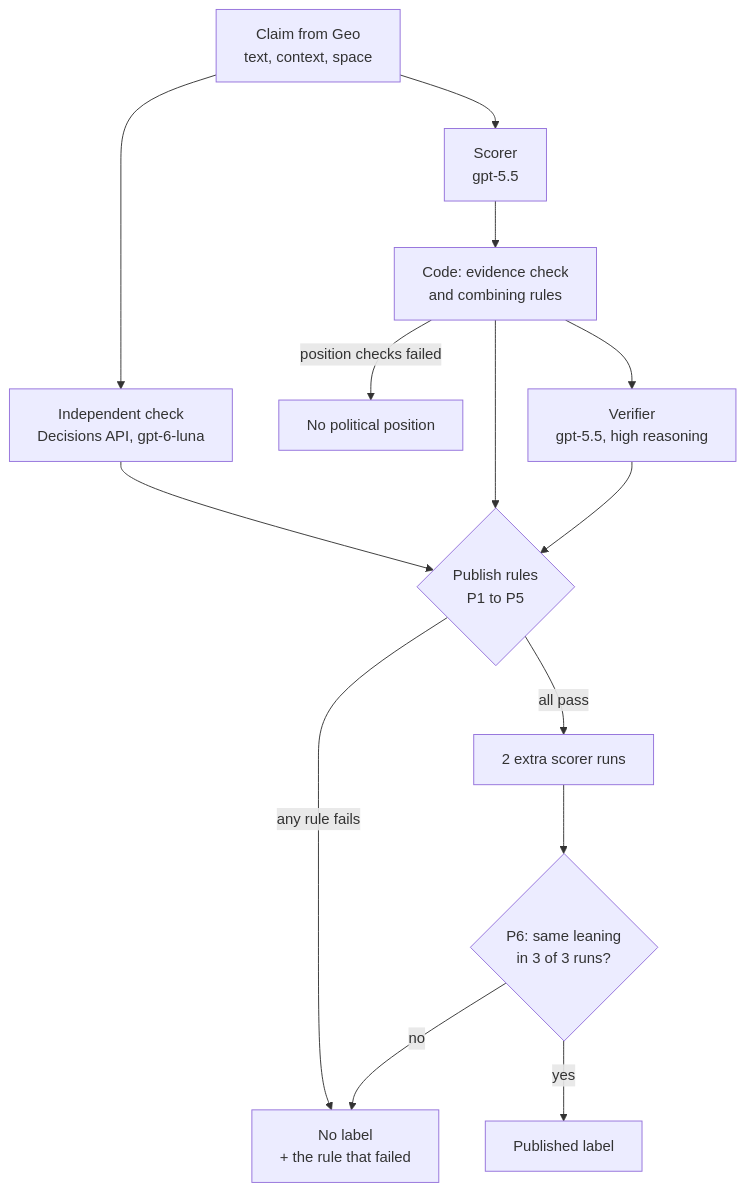
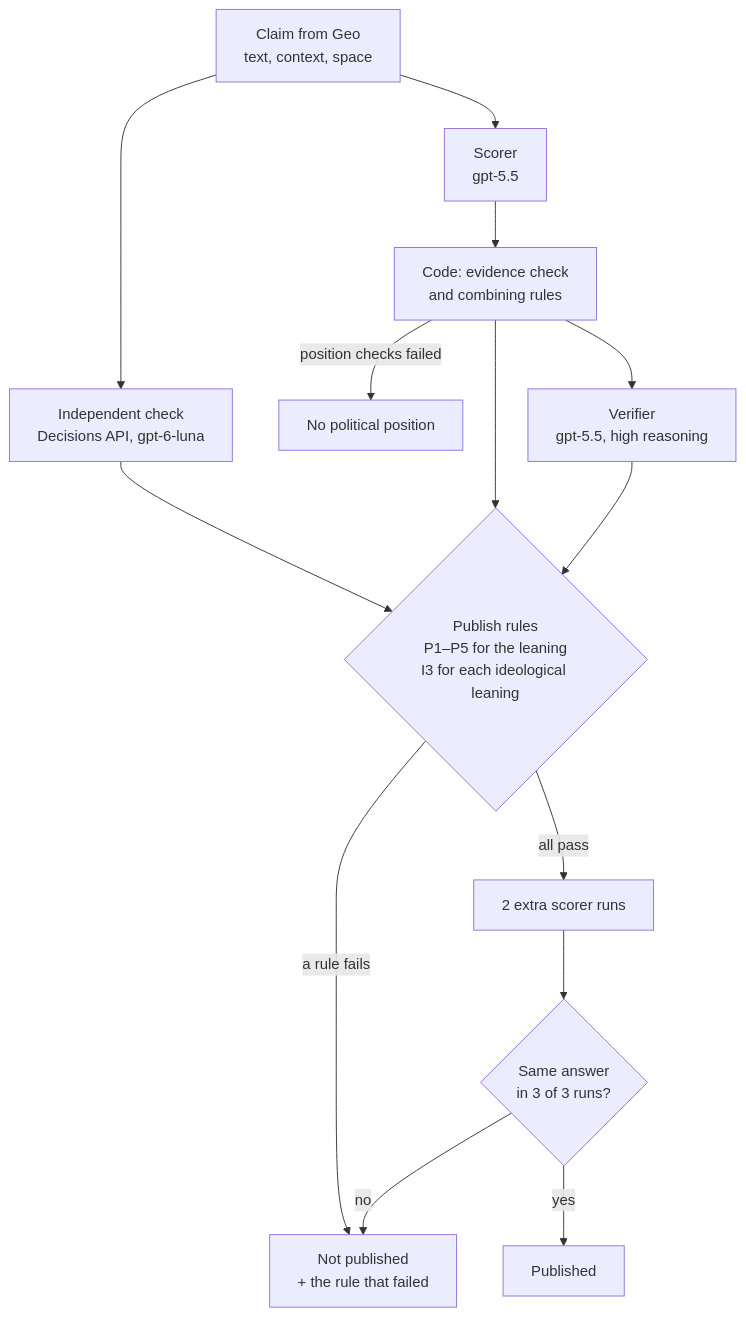
The first of 2 diagrams in README.md (Himanshujadhav2004/POLARIS), drawn with Mermaid before and after one commit. The commit also changed other lines of this file and 3 other files, not shown here.

````diff
--- a/README.md
+++ b/README.md
@@ -65,16 +61,16 @@
 ```mermaid
 flowchart TD
     C[Claim from Geo<br/>text, context, space] --> S[Scorer<br/>gpt-5.5]
     C --> D[Independent check<br/>Decisions API, gpt-6-luna]
     S --> K[Code: evidence check<br/>and combining rules]
     K -->|position checks failed| NP[No political position]
     K --> V[Verifier<br/>gpt-5.5, high reasoning]
-    D --> R{Publish rules<br/>P1 to P5}
+    D --> R{Publish rules<br/>P1–P5 for the leaning<br/>I3 for each ideological leaning}
     K --> R
     V --> R
-    R -->|any rule fails| NL[No label<br/>+ the rule that failed]
+    R -->|a rule fails| NL[Not published<br/>+ the rule that failed]
     R -->|all pass| X[2 extra scorer runs]
-    X --> P6{P6: same leaning<br/>in 3 of 3 runs?}
+    X --> P6{Same answer<br/>in 3 of 3 runs?}
     P6 -->|no| NL
-    P6 -->|yes| PUB[Published label]
+    P6 -->|yes| PUB[Published]
 ```
````
